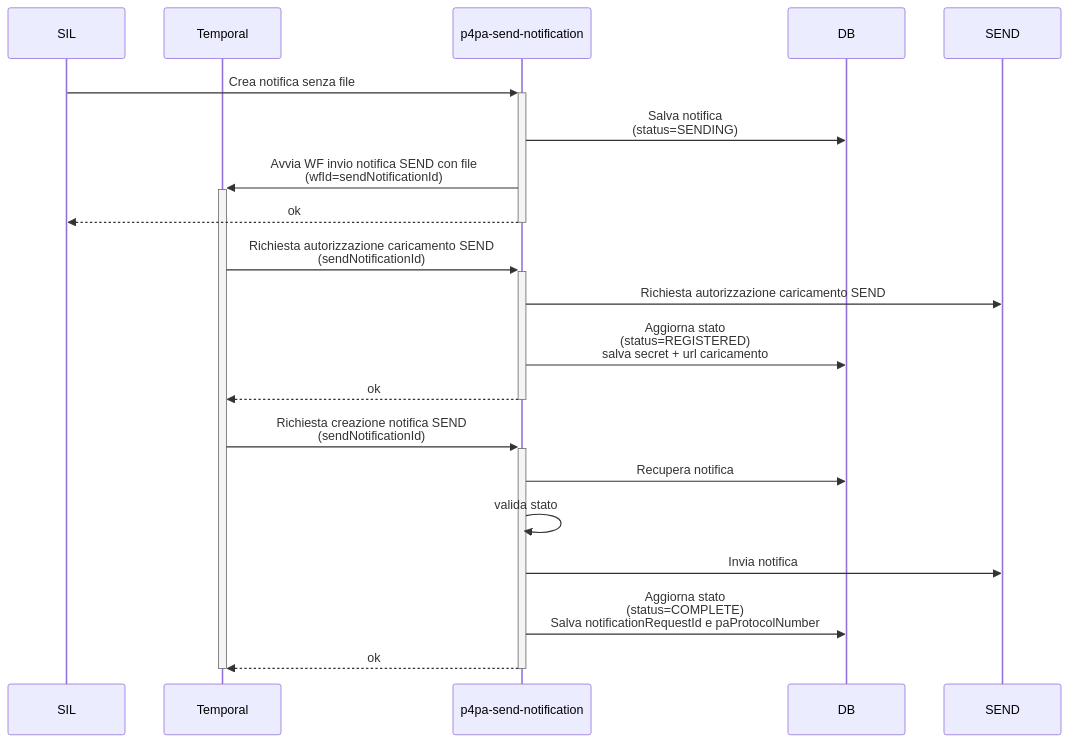
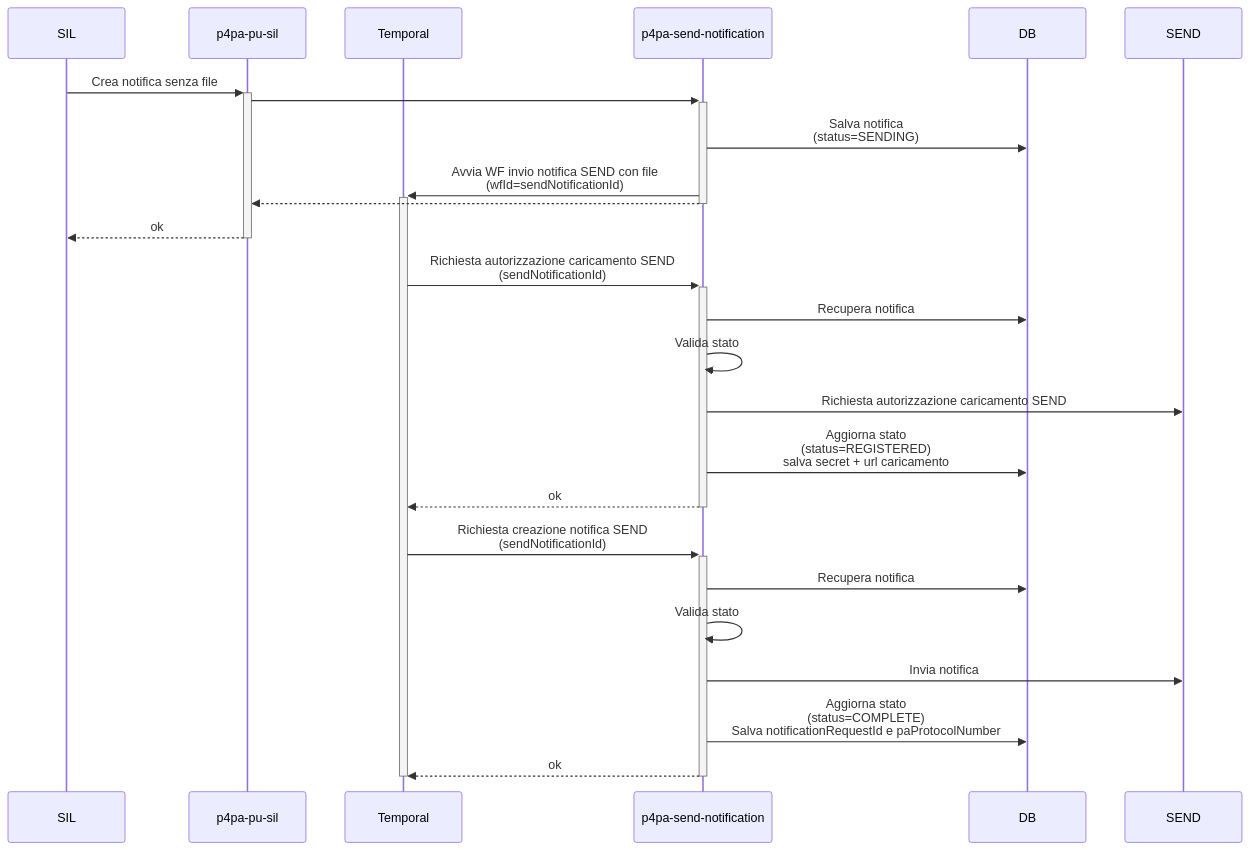
The diagram in design/send/sequence_createNotificationWithoutFile.mmd (pagopa/p4pa-doc), drawn with Mermaid before and after one commit. The commit also changed 1 other file, not shown here.

Commit message:
fix: Update send sequences to handle multiple files (#33)
* update send sequences to handle multiple files

* update send sequences to handle multiple files

```diff
--- a/design/send/sequence_createNotificationWithoutFile.mmd
+++ b/design/send/sequence_createNotificationWithoutFile.mmd
@@ -1,25 +1,30 @@
 sequenceDiagram
     participant SIL
+    participant MS_SIL as p4pa-pu-sil
     participant WF as Temporal
     participant MS_SEND as p4pa-send-notification
     participant DB
     participant SEND_PAGOPA as SEND
 
-    SIL ->>+ MS_SEND: Crea notifica senza file
-        MS_SEND ->> DB: Salva notifica <BR />(status=SENDING)
-        MS_SEND ->>+ WF: Avvia WF invio notifica SEND con file<BR />(wfId=sendNotificationId)
-    MS_SEND -->>- SIL: ok
+    SIL ->>+ MS_SIL: Crea notifica senza file
+        MS_SIL ->>+ MS_SEND: #
+            MS_SEND ->> DB: Salva notifica <BR />(status=SENDING)
+            MS_SEND ->>+ WF: Avvia WF invio notifica SEND con file<BR />(wfId=sendNotificationId)
+        MS_SEND -->>- MS_SIL: #
+    MS_SIL -->>- SIL: ok
 
     WF ->>+ MS_SEND: Richiesta autorizzazione caricamento SEND<BR />(sendNotificationId)
+        MS_SEND ->> DB: Recupera notifica
+        MS_SEND ->> MS_SEND: Valida stato
         MS_SEND ->> SEND_PAGOPA: Richiesta autorizzazione caricamento SEND
         MS_SEND ->> DB: Aggiorna stato<BR />(status=REGISTERED)<BR />salva secret + url caricamento
         MS_SEND -->>- WF: ok
 
     WF ->>+ MS_SEND: Richiesta creazione notifica SEND<BR />(sendNotificationId)
         MS_SEND ->> DB: Recupera notifica
-        MS_SEND ->> MS_SEND: valida stato
+        MS_SEND ->> MS_SEND: Valida stato
         MS_SEND ->> SEND_PAGOPA: Invia notifica
         MS_SEND ->> DB: Aggiorna stato<BR />(status=COMPLETE)<BR />Salva notificationRequestId e paProtocolNumber
         MS_SEND -->>- WF: ok
 
     deactivate WF
```
